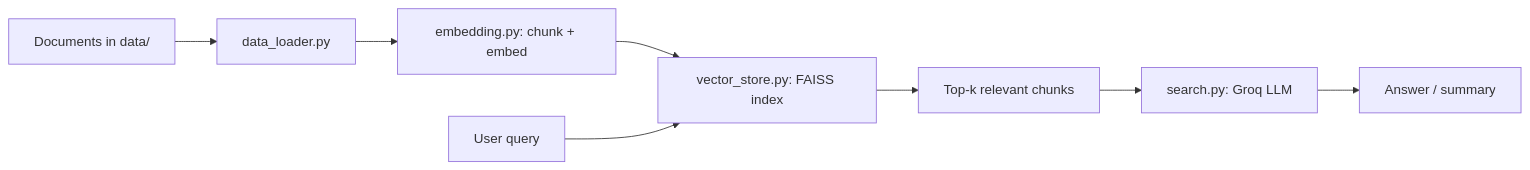
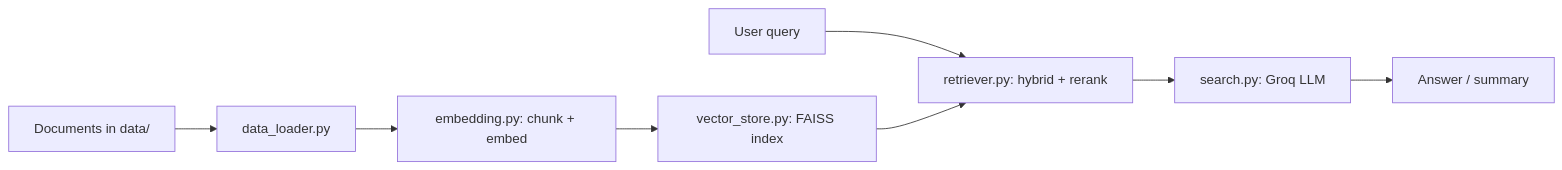
Before and after one commit to Sam962/RAG: the diagram in README.md, drawn with Mermaid. The commit also changed other lines of this file and 14 other files, not shown here.

````diff
--- a/README.md
+++ b/README.md
@@ -35,10 +40,10 @@
 ```mermaid
 flowchart LR
     docs[Documents in data/] --> loader[data_loader.py]
     loader --> chunker[embedding.py: chunk + embed]
     chunker --> store[vector_store.py: FAISS index]
-    query[User query] --> store
-    store --> retrieve[Top-k relevant chunks]
+    query[User query] --> retrieve[retriever.py: hybrid + rerank]
+    store --> retrieve
     retrieve --> llm[search.py: Groq LLM]
     llm --> answer[Answer / summary]
 ```
````
